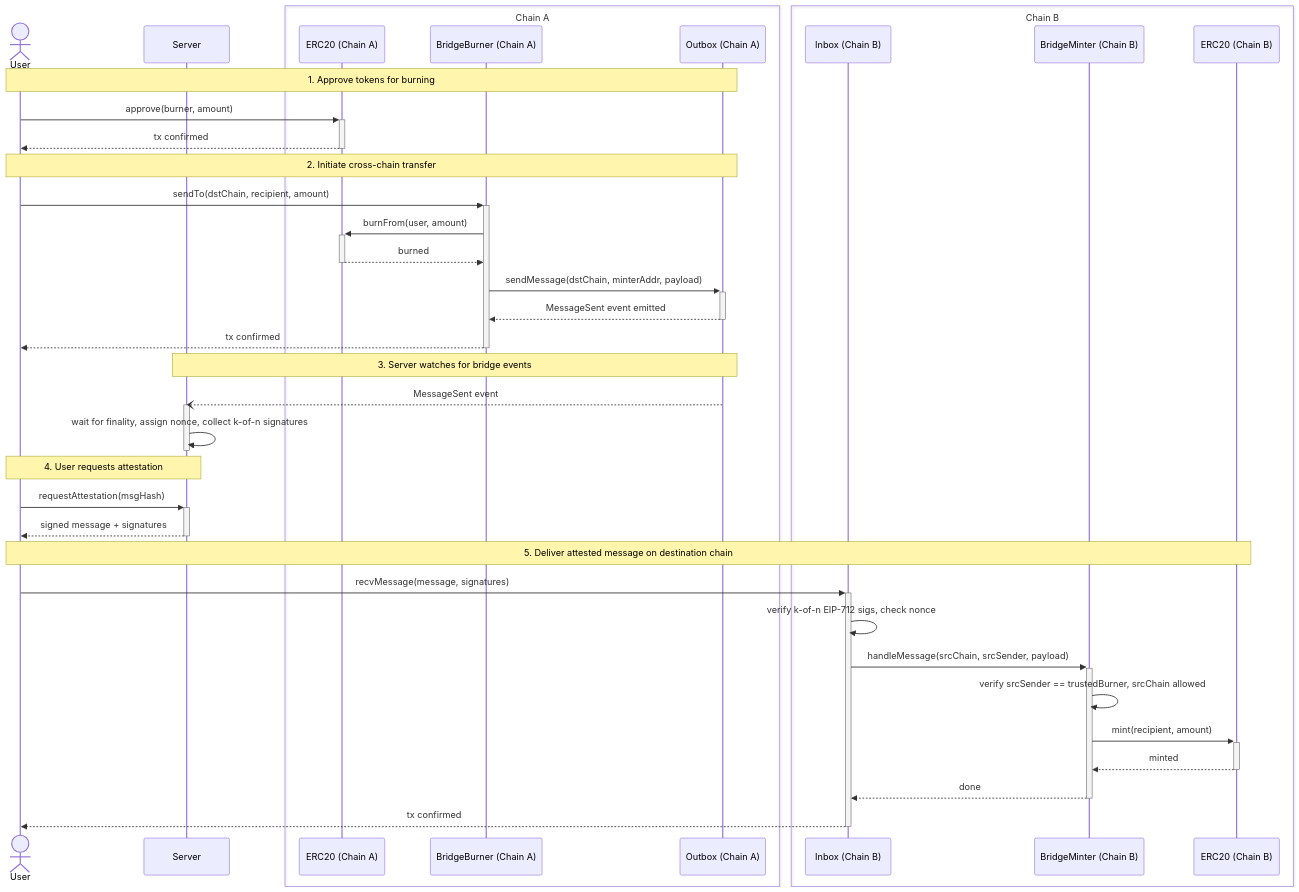
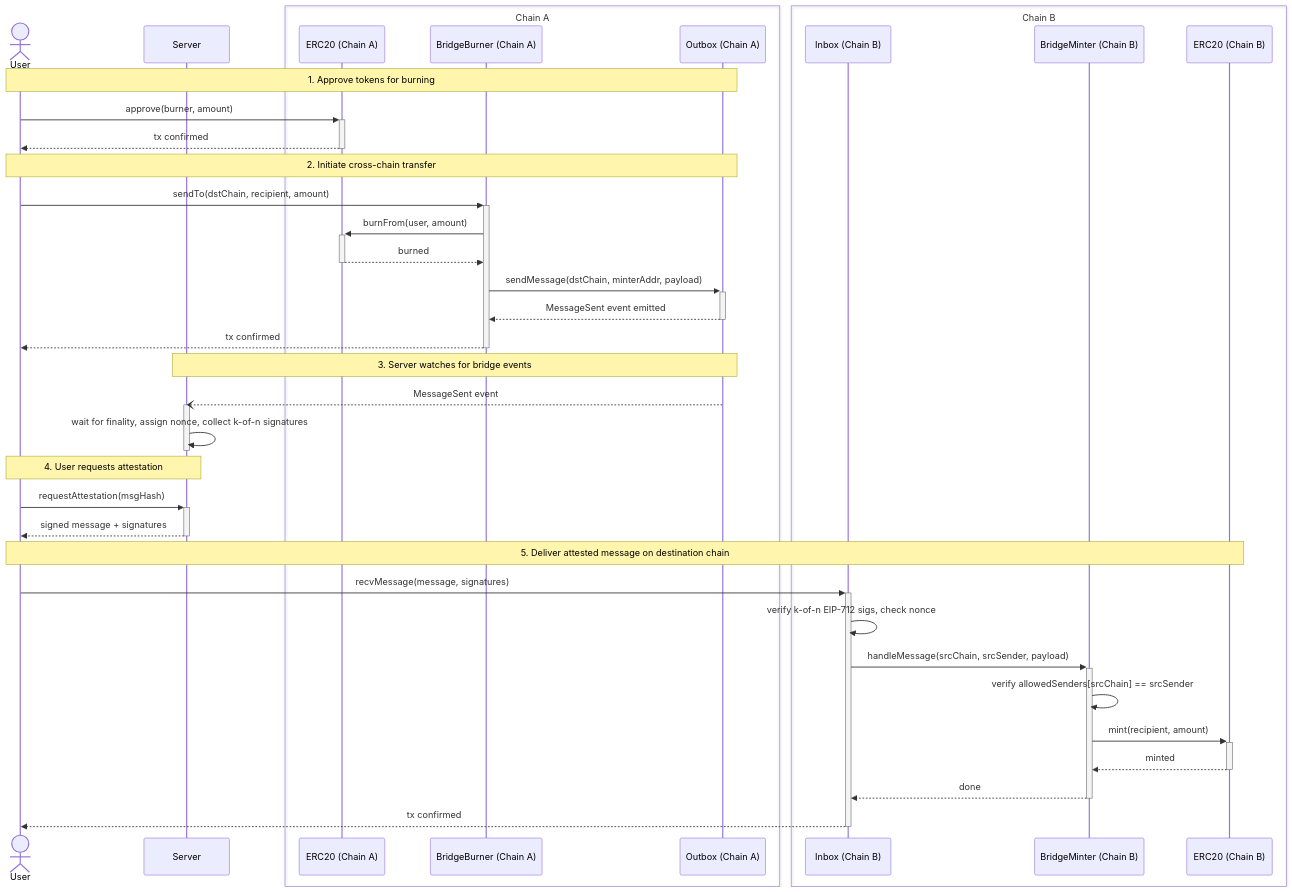
Before and after one commit to lambdaclass/stablecoin: the diagram in docs/bridge.md, drawn with Mermaid. The commit also changed other lines of this file, not shown here.

````diff
--- a/docs/bridge.md
+++ b/docs/bridge.md
@@ -135,54 +129,54 @@
 ```mermaid
 sequenceDiagram
     actor User
     participant Server
 
     box Chain A
         participant ERC20_A as ERC20 (Chain A)
         participant Burner as BridgeBurner (Chain A)
         participant Outbox as Outbox (Chain A)
     end
 
     box Chain B
         participant Inbox as Inbox (Chain B)
         participant Minter as BridgeMinter (Chain B)
         participant ERC20_B as ERC20 (Chain B)
     end
 
     Note over User, Outbox: 1. Approve tokens for burning
 
     User ->>+ ERC20_A: approve(burner, amount)
     ERC20_A -->>- User: tx confirmed
 
     Note over User, Outbox: 2. Initiate cross-chain transfer
 
     User ->>+ Burner: sendTo(dstChain, recipient, amount)
     Burner ->>+ ERC20_A: burnFrom(user, amount)
     ERC20_A -->>- Burner: burned
     Burner ->>+ Outbox: sendMessage(dstChain, minterAddr, payload)
     Outbox -->>- Burner: MessageSent event emitted
     Burner -->>- User: tx confirmed
 
     Note over Server, Outbox: 3. Server watches for bridge events
 
     Outbox --) Server: MessageSent event
     activate Server
     Server ->> Server: wait for finality, assign nonce, collect k-of-n signatures
     deactivate Server
 
     Note over User, Server: 4. User requests attestation
 
     User ->>+ Server: requestAttestation(msgHash)
     Server -->>- User: signed message + signatures
 
     Note over User, ERC20_B: 5. Deliver attested message on destination chain
 
     User ->>+ Inbox: recvMessage(message, signatures)
     Inbox ->> Inbox: verify k-of-n EIP-712 sigs, check nonce
     Inbox ->>+ Minter: handleMessage(srcChain, srcSender, payload)
-    Minter ->> Minter: verify srcSender == trustedBurner, srcChain allowed
+    Minter ->> Minter: verify allowedSenders[srcChain] == srcSender
     Minter ->>+ ERC20_B: mint(recipient, amount)
     ERC20_B -->>- Minter: minted
     Minter -->>- Inbox: done
     Inbox -->>- User: tx confirmed
 ```
````
